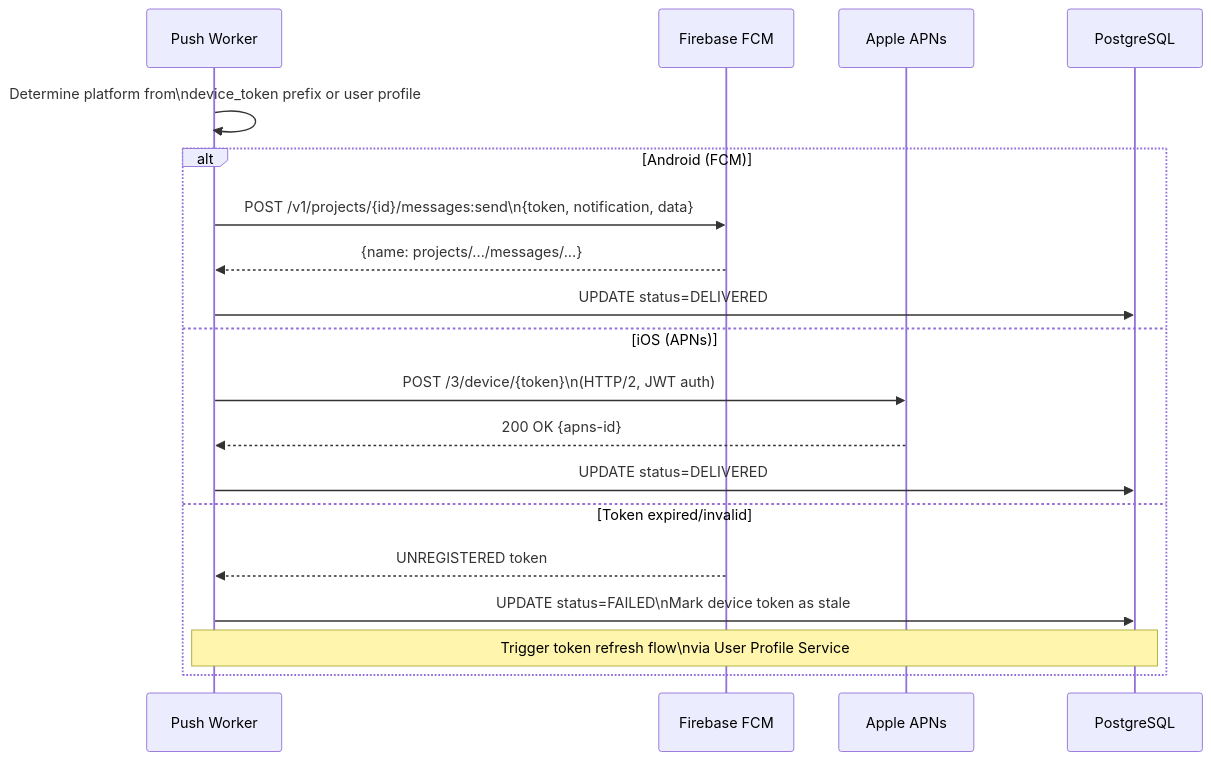
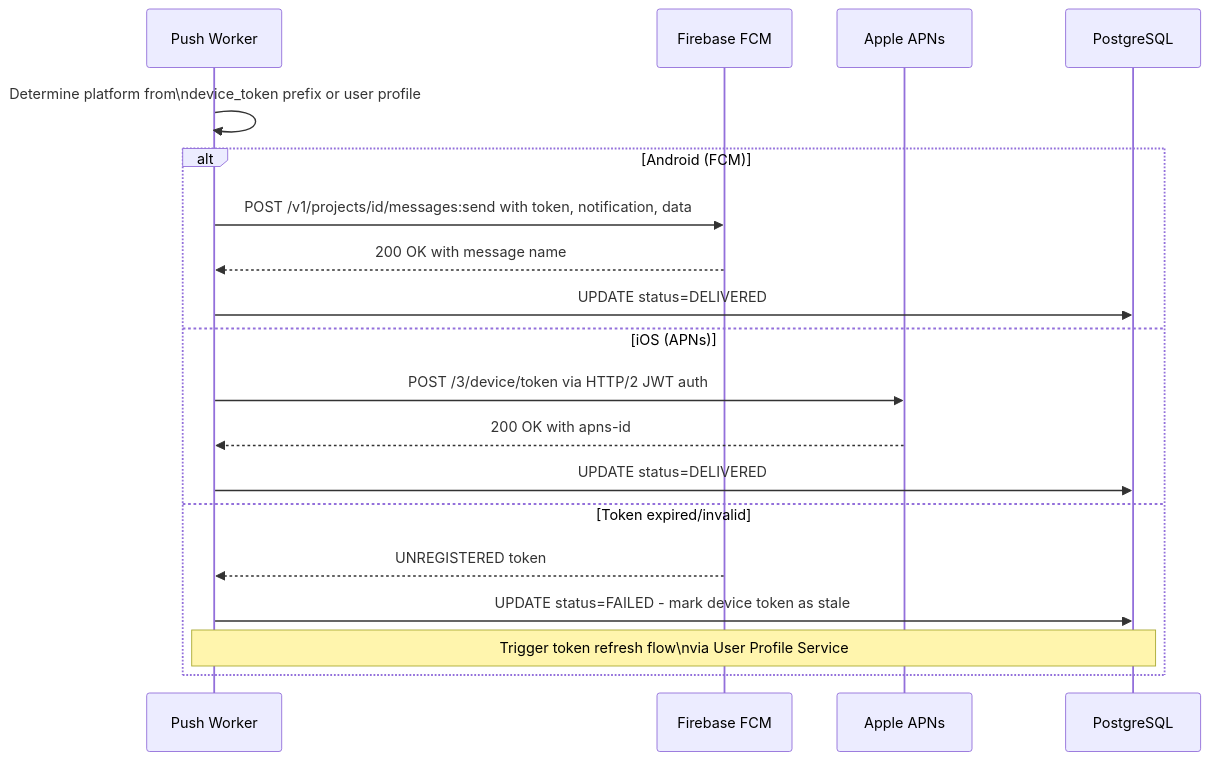
The sixth of 7 diagrams in notification-service/design/channel-workers.md (bindian0509/system-design), drawn with Mermaid before and after one commit. The commit also changed other lines of this file and 9 other files, not shown here.

Commit message:
fixing mermaid

````diff
--- a/notification-service/design/channel-workers.md
+++ b/notification-service/design/channel-workers.md
@@ -262,23 +262,23 @@
 ```mermaid
 sequenceDiagram
     participant Worker as Push Worker
     participant FCM as Firebase FCM
     participant APNs as Apple APNs
     participant PG as PostgreSQL
 
     Worker->>Worker: Determine platform from\ndevice_token prefix or user profile
 
     alt Android (FCM)
-        Worker->>FCM: POST /v1/projects/{id}/messages:send\n{token, notification, data}
-        FCM-->>Worker: {name: projects/.../messages/...}
+        Worker->>FCM: POST /v1/projects/id/messages:send with token, notification, data
+        FCM-->>Worker: 200 OK with message name
         Worker->>PG: UPDATE status=DELIVERED
     else iOS (APNs)
-        Worker->>APNs: POST /3/device/{token}\n(HTTP/2, JWT auth)
-        APNs-->>Worker: 200 OK {apns-id}
+        Worker->>APNs: POST /3/device/token via HTTP/2 JWT auth
+        APNs-->>Worker: 200 OK with apns-id
         Worker->>PG: UPDATE status=DELIVERED
     else Token expired/invalid
         FCM-->>Worker: UNREGISTERED token
-        Worker->>PG: UPDATE status=FAILED\nMark device token as stale
+        Worker->>PG: UPDATE status=FAILED - mark device token as stale
         Note over Worker,PG: Trigger token refresh flow\nvia User Profile Service
     end
 ```
````
